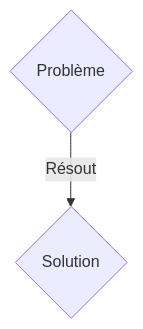
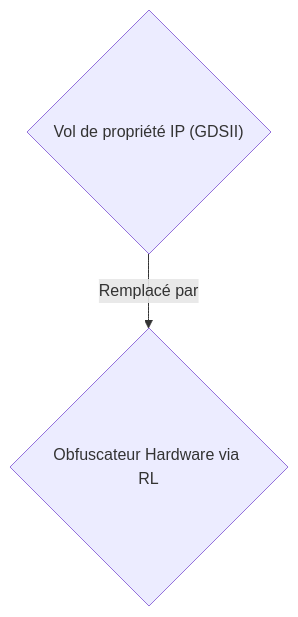
Before and after one commit to flouzzy/top-100-ai-startup-ideas: the first of 2 diagrams in ideas/llm-hardware-obfuscator/README.fr.md, drawn with Mermaid. The commit also changed other lines of this file and 19 other files, not shown here.

````diff
--- a/ideas/llm-hardware-obfuscator/README.fr.md
+++ b/ideas/llm-hardware-obfuscator/README.fr.md
@@ -17,4 +17,4 @@
 ```mermaid
 graph TD
-    A{"Problème"} -->|"Résout"| B{"Solution"}
+    A{"Vol de propriété IP (GDSII)"} -->|"Remplacé par"| B{"Obfuscateur Hardware via RL"}
 ```
````
